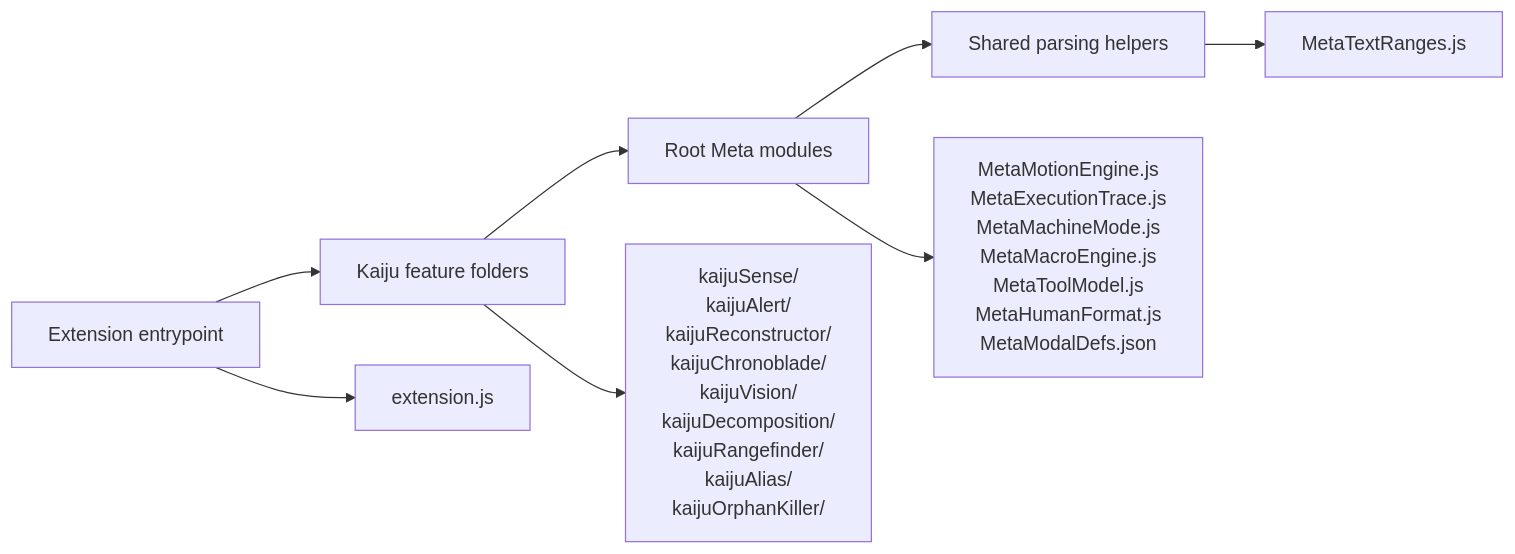
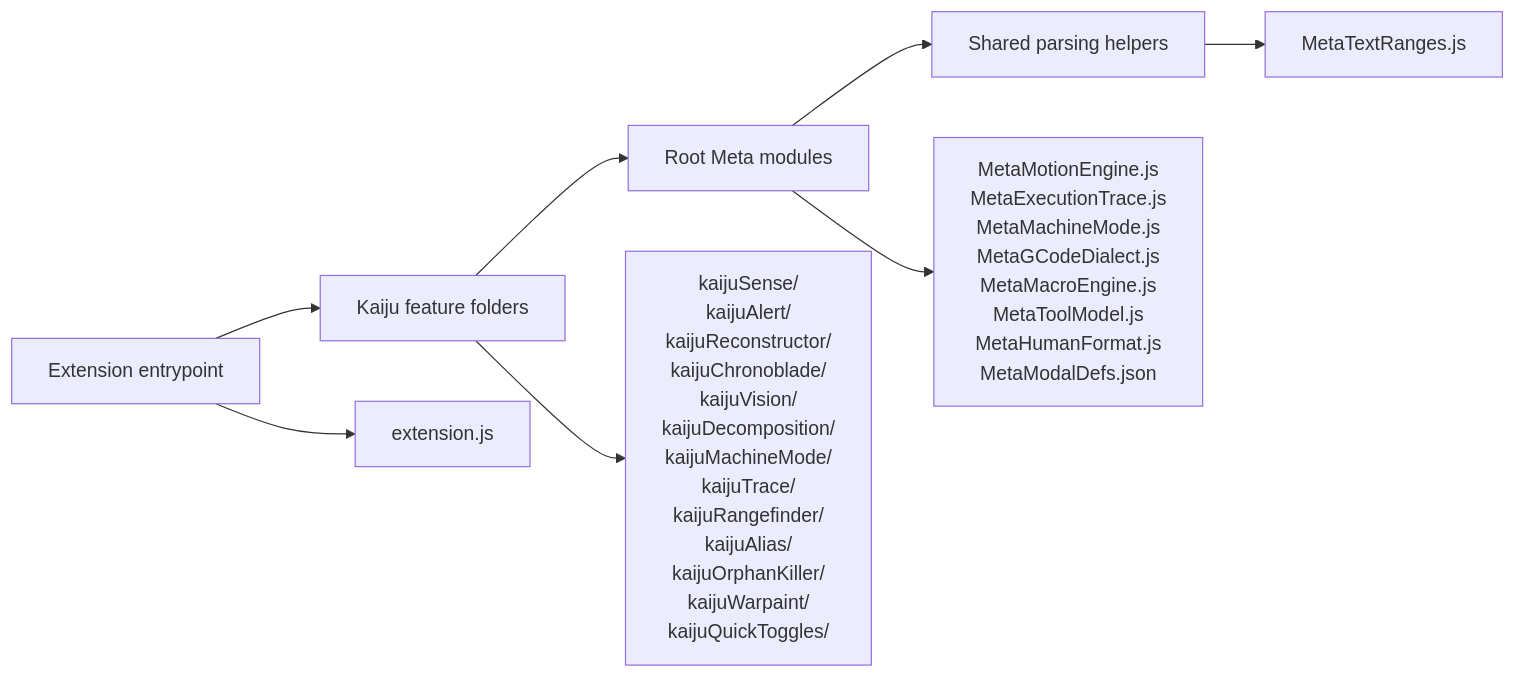
One commit to The-paulster/kaiju.nc changed the second of 2 diagrams in MODULE_DEPENDENCIES.md. Above: the diagram before and after it, drawn with Mermaid. The commit also changed other lines of this file and 47 other files, not shown here.

````diff
--- a/MODULE_DEPENDENCIES.md
+++ b/MODULE_DEPENDENCIES.md
@@ -86,16 +114,16 @@
 ```mermaid
 flowchart LR
 	entry[Extension entrypoint] --> features[Kaiju feature folders]
 	features --> meta[Root Meta modules]
 	meta --> utility[Shared parsing helpers]
 
 	entryModules["extension.js"]
-	featureModules["kaijuSense/<br/>kaijuAlert/<br/>kaijuReconstructor/<br/>kaijuChronoblade/<br/>kaijuVision/<br/>kaijuDecomposition/<br/>kaijuRangefinder/<br/>kaijuAlias/<br/>kaijuOrphanKiller/"]
-	metaModules["MetaMotionEngine.js<br/>MetaExecutionTrace.js<br/>MetaMachineMode.js<br/>MetaMacroEngine.js<br/>MetaToolModel.js<br/>MetaHumanFormat.js<br/>MetaModalDefs.json"]
+	featureModules["kaijuSense/<br/>kaijuAlert/<br/>kaijuReconstructor/<br/>kaijuChronoblade/<br/>kaijuVision/<br/>kaijuDecomposition/<br/>kaijuMachineMode/<br/>kaijuTrace/<br/>kaijuRangefinder/<br/>kaijuAlias/<br/>kaijuOrphanKiller/<br/>kaijuWarpaint/<br/>kaijuQuickToggles/"]
+	metaModules["MetaMotionEngine.js<br/>MetaExecutionTrace.js<br/>MetaMachineMode.js<br/>MetaGCodeDialect.js<br/>MetaMacroEngine.js<br/>MetaToolModel.js<br/>MetaHumanFormat.js<br/>MetaModalDefs.json"]
 	utilityModules["MetaTextRanges.js"]
 
 	entry --> entryModules
 	features --> featureModules
 	meta --> metaModules
 	utility --> utilityModules
 ```
````
